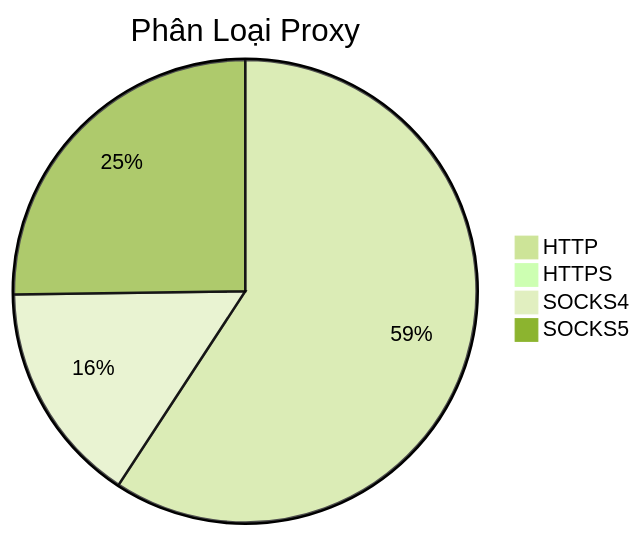
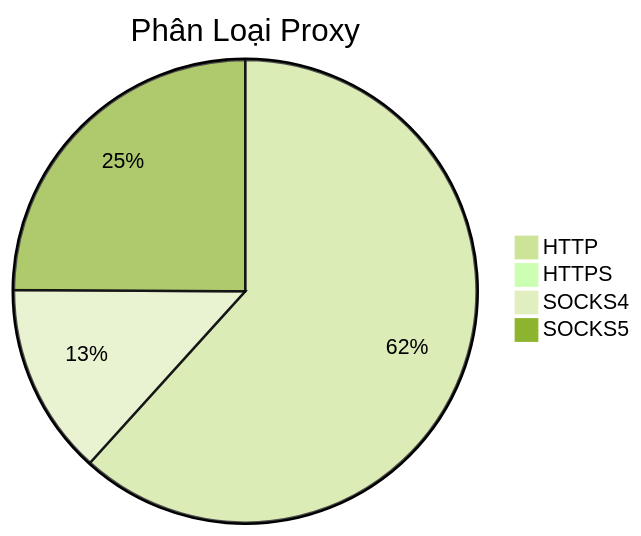
Before and after one commit to Ciara-12/PROXY-free: the diagram in README.md, drawn with Mermaid (forest theme). The commit also changed other lines of this file and 3 other files, not shown here.

````diff
--- a/README.md
+++ b/README.md
@@ -26,7 +26,7 @@
 ```mermaid
 pie title Phân Loại Proxy
-    "HTTP" : 1317
+    "HTTP" : 1392
     "HTTPS" : 1
-    "SOCKS4" : 346
-    "SOCKS5" : 561
+    "SOCKS4" : 302
+    "SOCKS5" : 562
 ```
````
